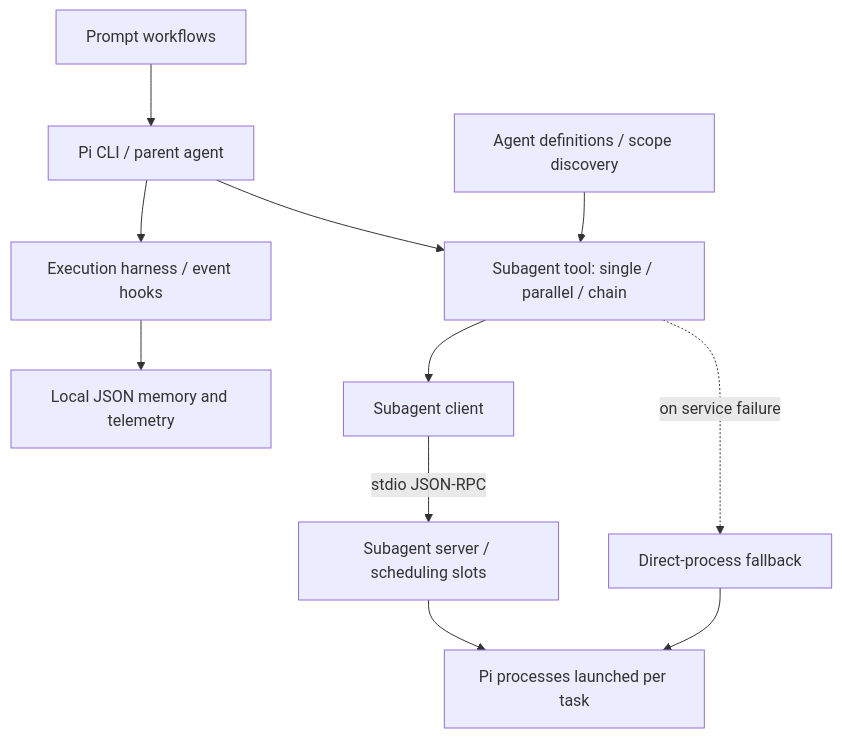
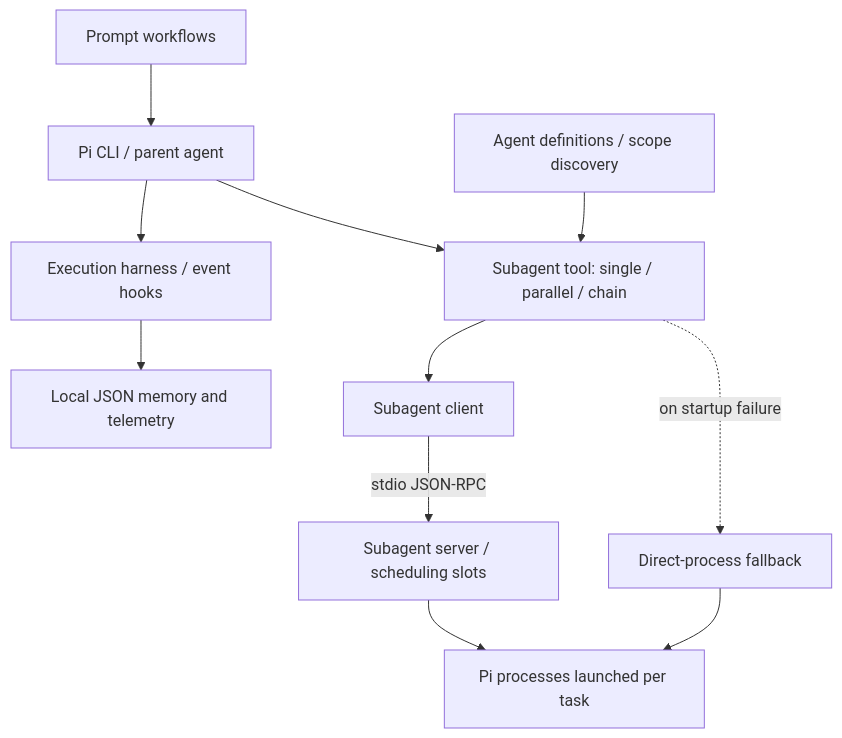
Before and after one commit to lavine888/pi-workbench: the diagram in README.md, drawn with Mermaid. The commit also changed other lines of this file and 21 other files, not shown here.

````diff
--- a/README.md
+++ b/README.md
@@ -130,13 +130,13 @@
 ```mermaid
 flowchart TD
     Prompts["Prompt workflows"] --> Pi["Pi CLI / parent agent"]
     Pi --> Harness["Execution harness / event hooks"]
     Harness --> Data["Local JSON memory and telemetry"]
     Pi --> Tool["Subagent tool: single / parallel / chain"]
     Agents["Agent definitions / scope discovery"] --> Tool
     Tool --> Client["Subagent client"]
     Client -->|stdio JSON-RPC| Server["Subagent server / scheduling slots"]
     Server --> Children["Pi processes launched per task"]
-    Tool -.->|on service failure| Fallback["Direct-process fallback"]
+    Tool -.->|on startup failure| Fallback["Direct-process fallback"]
     Fallback --> Children
 ```
````
